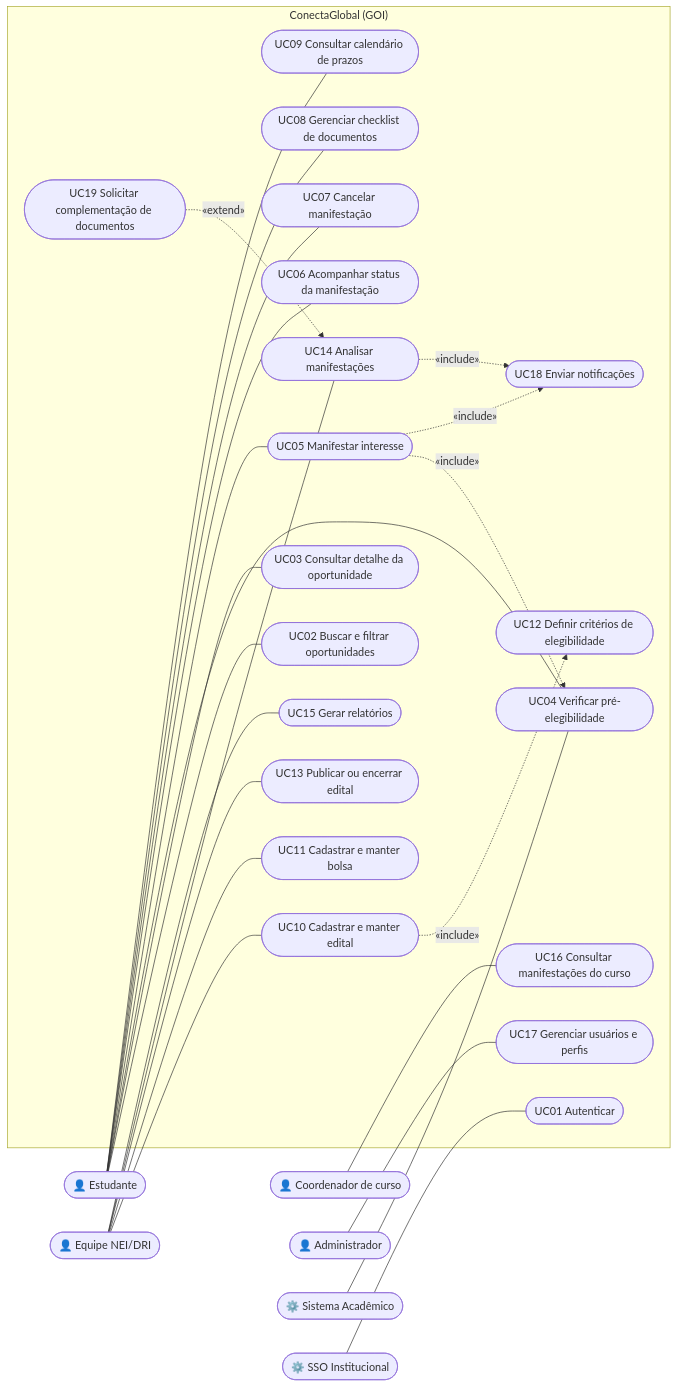
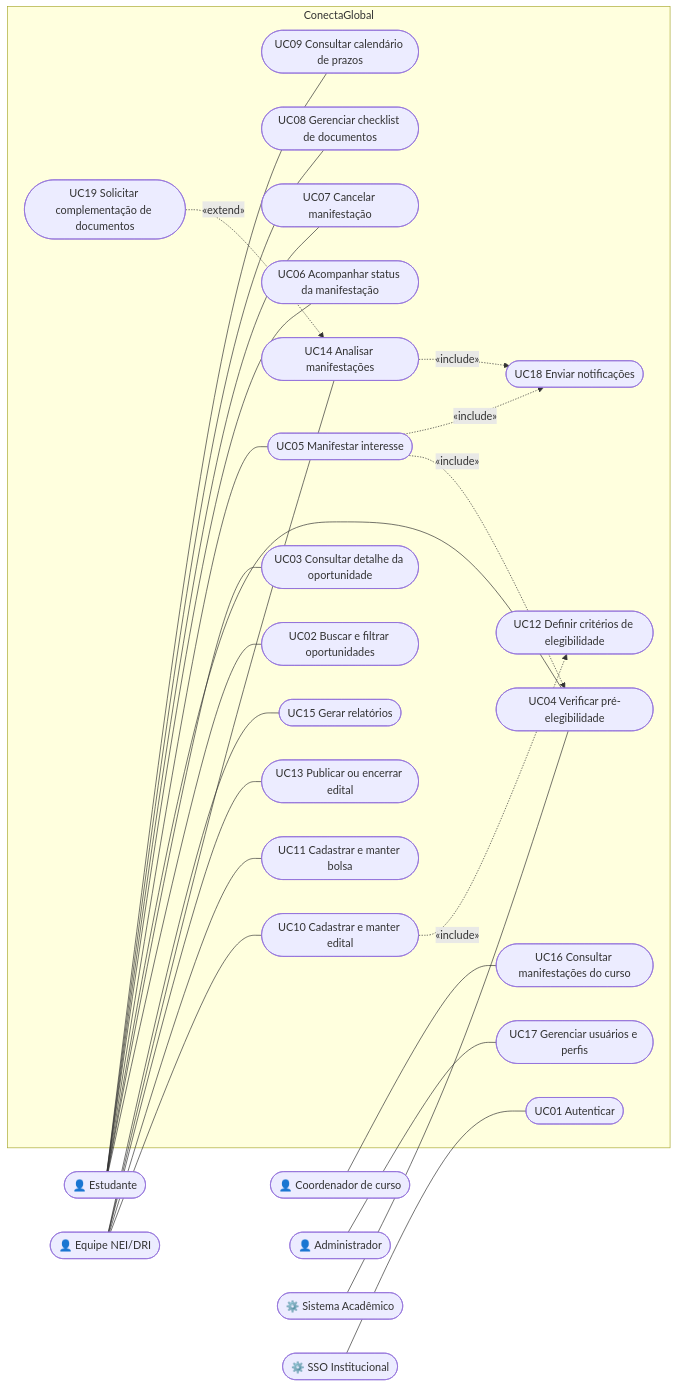
The first of 3 diagrams in uml/diagramas.md (AllisonOliv/requisitos-2026.2--grupo3), drawn with Mermaid before and after one commit. The commit also changed other lines of this file and 2 other files, not shown here.

````diff
--- a/uml/diagramas.md
+++ b/uml/diagramas.md
@@ -9,58 +9,58 @@
 ```mermaid
 flowchart LR
     EST(["👤 Estudante"])
     NEI(["👤 Equipe NEI/DRI"])
     COO(["👤 Coordenador de curso"])
     ADM(["👤 Administrador"])
     ACAD(["⚙️ Sistema Acadêmico"])
     SSO(["⚙️ SSO Institucional"])
 
-    subgraph SIS["ConectaGlobal (GOI)"]
+    subgraph SIS["ConectaGlobal"]
         UC1(["UC01 Autenticar"])
         UC2(["UC02 Buscar e filtrar oportunidades"])
         UC3(["UC03 Consultar detalhe da oportunidade"])
         UC4(["UC04 Verificar pré-elegibilidade"])
         UC5(["UC05 Manifestar interesse"])
         UC6(["UC06 Acompanhar status da manifestação"])
         UC7(["UC07 Cancelar manifestação"])
         UC8(["UC08 Gerenciar checklist de documentos"])
         UC9(["UC09 Consultar calendário de prazos"])
         UC10(["UC10 Cadastrar e manter edital"])
         UC11(["UC11 Cadastrar e manter bolsa"])
         UC12(["UC12 Definir critérios de elegibilidade"])
         UC13(["UC13 Publicar ou encerrar edital"])
         UC14(["UC14 Analisar manifestações"])
         UC15(["UC15 Gerar relatórios"])
         UC16(["UC16 Consultar manifestações do curso"])
         UC17(["UC17 Gerenciar usuários e perfis"])
         UC18(["UC18 Enviar notificações"])
         UC19(["UC19 Solicitar complementação de documentos"])
     end
 
     EST --- UC2
     EST --- UC3
     EST --- UC4
     EST --- UC5
     EST --- UC6
     EST --- UC7
     EST --- UC8
     EST --- UC9
 
     NEI --- UC10
     NEI --- UC11
     NEI --- UC13
     NEI --- UC14
     NEI --- UC15
 
     COO --- UC16
     ADM --- UC17
 
     UC10 -. "«include»" .-> UC12
     UC5 -. "«include»" .-> UC4
     UC5 -. "«include»" .-> UC18
     UC14 -. "«include»" .-> UC18
     UC19 -. "«extend»" .-> UC14
 
     SSO --- UC1
     ACAD --- UC4
 ```
````
